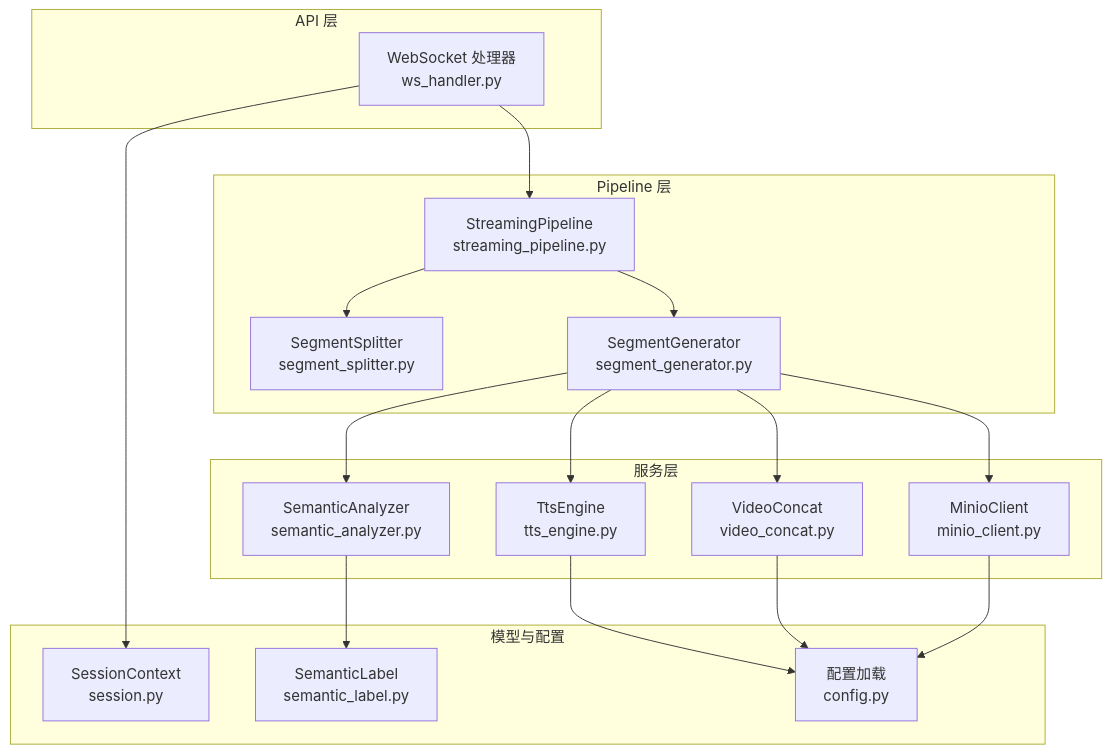
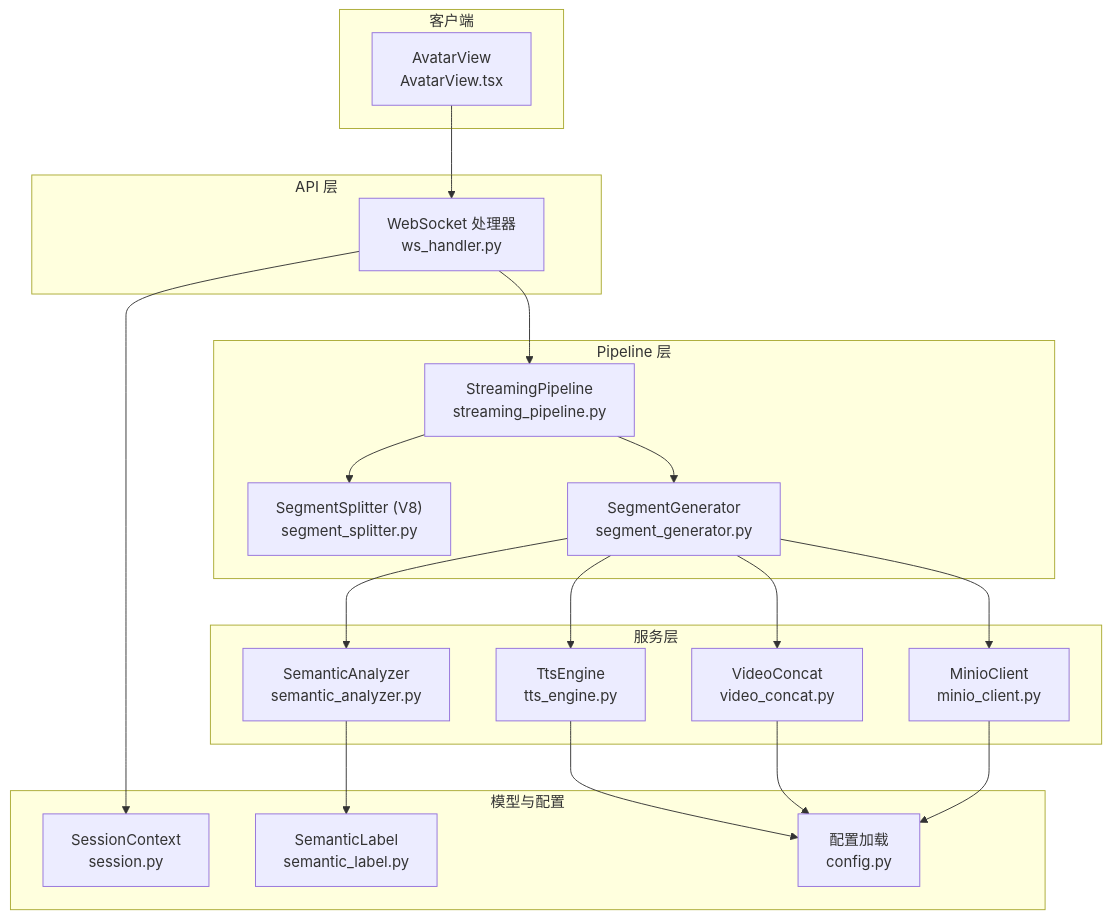
Before and after one commit to leo21cn/real-time-talk: the first of 10 diagrams in .qoder/repowiki/zh/content/后端服务/流式处理管道/流式处理管道.md, drawn with Mermaid. The commit also changed other lines of this file and 9 other files, not shown here.

````diff
--- a/.qoder/repowiki/zh/content/后端服务/流式处理管道/流式处理管道.md
+++ b/.qoder/repowiki/zh/content/后端服务/流式处理管道/流式处理管道.md
@@ -45,34 +54,38 @@
 ```mermaid
 graph TB
 subgraph "API 层"
 WS["WebSocket 处理器<br/>ws_handler.py"]
 end
 subgraph "Pipeline 层"
 SP["StreamingPipeline<br/>streaming_pipeline.py"]
-SS["SegmentSplitter<br/>segment_splitter.py"]
+SS["SegmentSplitter (V8)<br/>segment_splitter.py"]
 SG["SegmentGenerator<br/>segment_generator.py"]
 end
 subgraph "服务层"
 TTS["TtsEngine<br/>tts_engine.py"]
 SA["SemanticAnalyzer<br/>semantic_analyzer.py"]
 VC["VideoConcat<br/>video_concat.py"]
 MINIO["MinioClient<br/>minio_client.py"]
 end
 subgraph "模型与配置"
 SESS["SessionContext<br/>session.py"]
 LABELS["SemanticLabel<br/>semantic_label.py"]
 CFG["配置加载<br/>config.py"]
 end
+subgraph "客户端"
+AVATAR["AvatarView<br/>AvatarView.tsx"]
+end
 WS --> SP
 SP --> SS
 SP --> SG
 SG --> TTS
 SG --> SA
 SG --> VC
 SG --> MINIO
 WS --> SESS
 SA --> LABELS
 TTS --> CFG
 VC --> CFG
 MINIO --> CFG
+AVATAR --> WS
 ```
````
